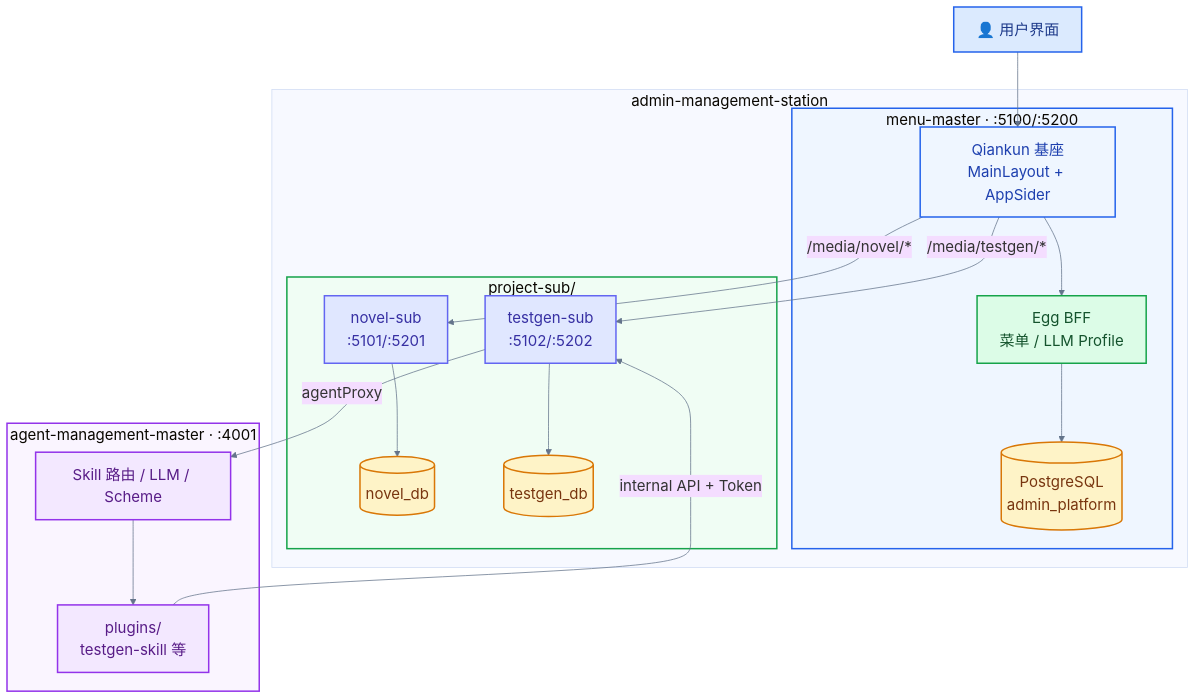
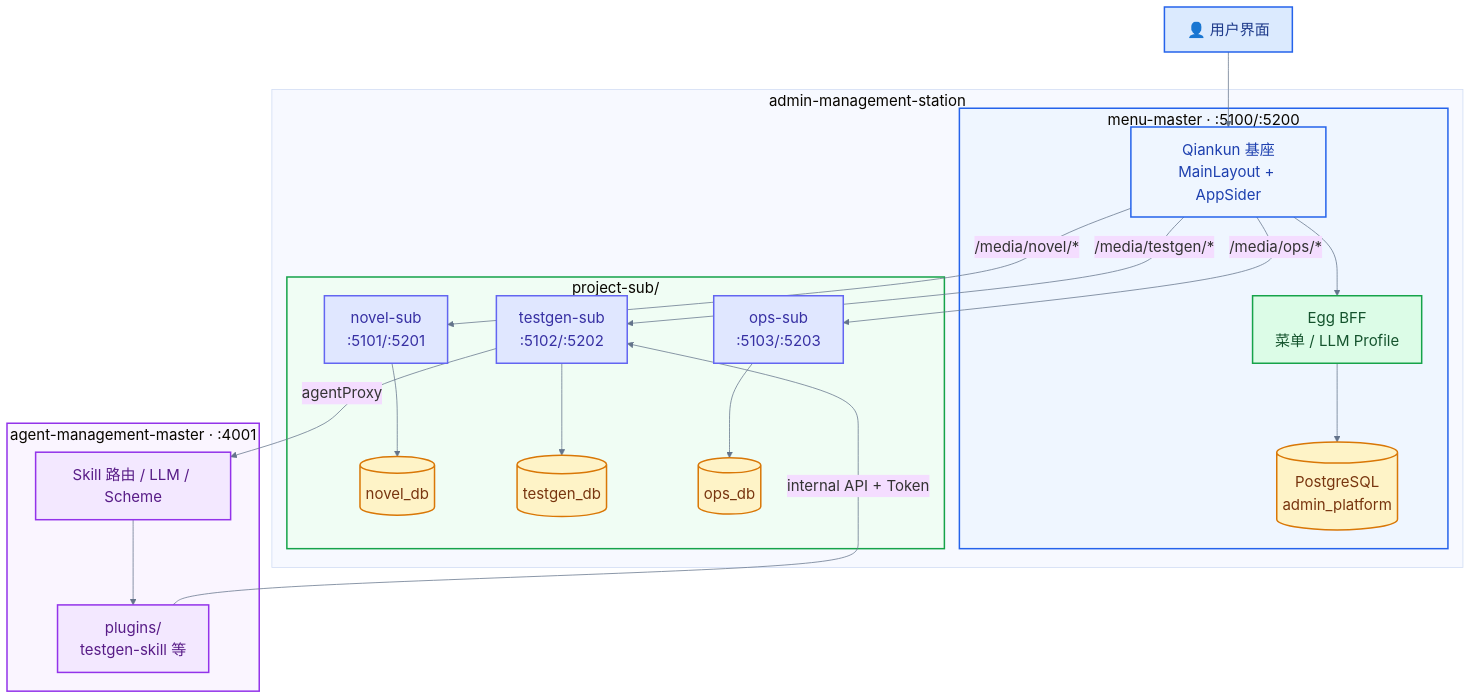
The second of 8 diagrams in docs-project/AMS平台架构关系图.md (InsectYan/admin-management-station), drawn with Mermaid before and after one commit. The commit also changed other lines of this file and 109 other files, not shown here.

````diff
--- a/docs-project/AMS平台架构关系图.md
+++ b/docs-project/AMS平台架构关系图.md
@@ -52,45 +53,49 @@
 ```mermaid
 %%{init: {'theme':'base', 'themeVariables': {'fontSize':'20px','lineColor':'#64748B'}}}%%
 flowchart TB
     classDef browser fill:#DBEAFE,stroke:#2563EB,stroke-width:2px,color:#1E3A8A
     classDef main fill:#EFF6FF,stroke:#2563EB,stroke-width:2px,color:#1E40AF
     classDef bff fill:#DCFCE7,stroke:#16A34A,stroke-width:2px,color:#14532D
     classDef db fill:#FEF3C7,stroke:#D97706,stroke-width:2px,color:#78350F
     classDef sub fill:#E0E7FF,stroke:#6366F1,stroke-width:2px,color:#3730A3
     classDef agent fill:#F3E8FF,stroke:#9333EA,stroke-width:2px,color:#581C87
 
     UI["👤 用户界面"]:::browser
 
     subgraph AMS["admin-management-station"]
         subgraph Main["menu-master · :5100/:5200"]
             MF["Qiankun 基座<br/>MainLayout + AppSider"]:::main
             MainBFF["Egg BFF<br/>菜单 / LLM Profile"]:::bff
             MainDB[("PostgreSQL<br/>admin_platform")]:::db
         end
 
         subgraph SubApps["project-sub/"]
             Novel["novel-sub<br/>:5101/:5201"]:::sub
             Testgen["testgen-sub<br/>:5102/:5202"]:::sub
+            Ops["ops-sub<br/>:5103/:5203"]:::sub
             NovelDB[("novel_db")]:::db
             TestgenDB[("testgen_db")]:::db
+            OpsDB[("ops_db")]:::db
         end
     end
 
     subgraph AgentLayer["agent-management-master · :4001"]
         AM["Skill 路由 / LLM / Scheme"]:::agent
         Plugins["plugins/<br/>testgen-skill 等"]:::agent
     end
 
     UI --> MF
     MF -->|"/media/novel/*"| Novel
     MF -->|"/media/testgen/*"| Testgen
+    MF -->|"/media/ops/*"| Ops
     MF --> MainBFF --> MainDB
     Novel --> NovelDB
     Testgen --> TestgenDB
+    Ops --> OpsDB
     Testgen -->|"agentProxy"| AM --> Plugins
     Plugins -->|"internal API + Token"| Testgen
 
     style Main fill:#EFF6FF,stroke:#2563EB,stroke-width:2px
     style SubApps fill:#F0FDF4,stroke:#16A34A,stroke-width:2px
     style AgentLayer fill:#FAF5FF,stroke:#9333EA,stroke-width:2px
 ```
````
